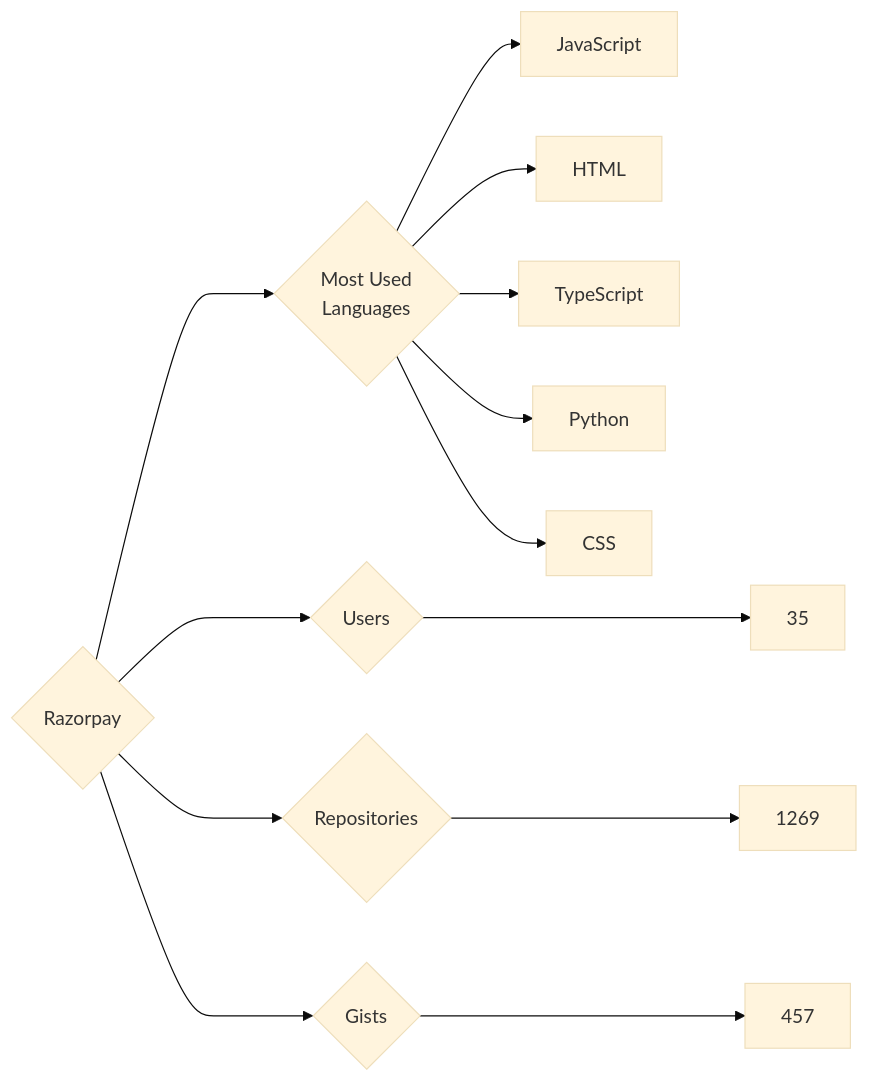
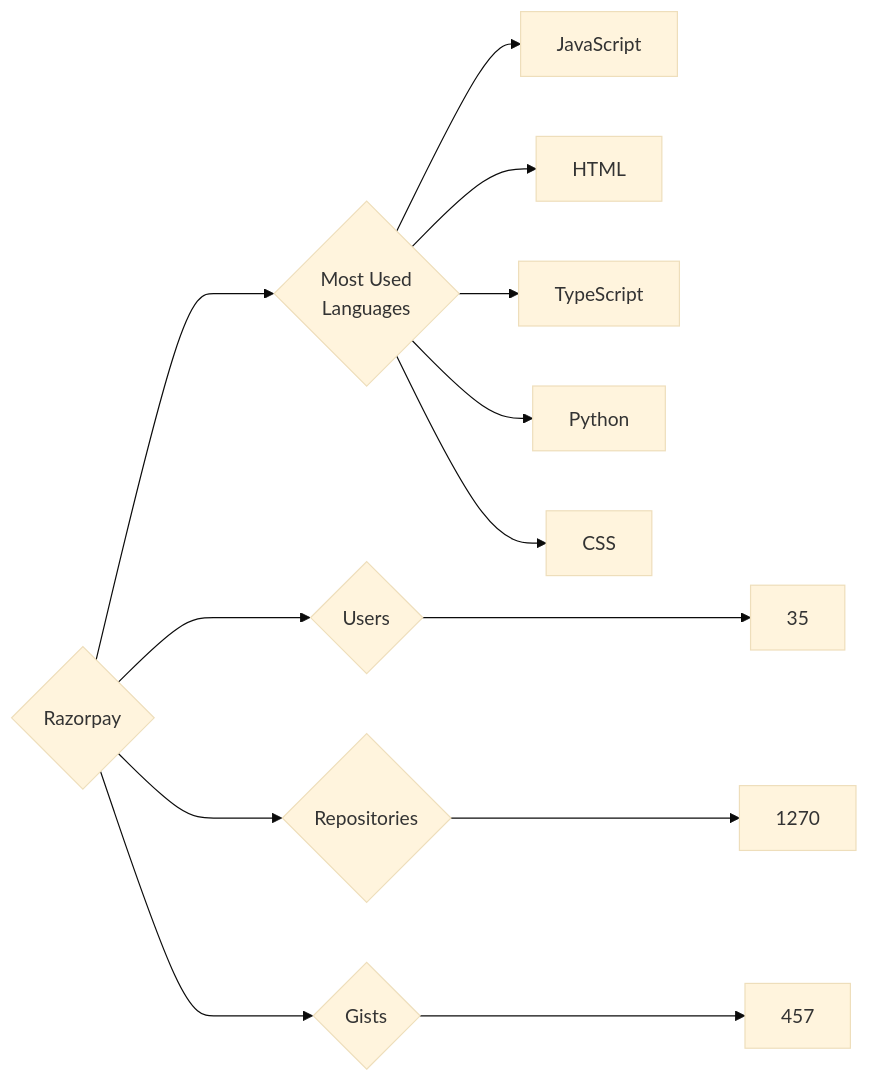
One commit to trickest/insiders changed the diagram in targets/Razorpay/README.md. Above: the diagram before and after it, drawn with Mermaid (base theme). The commit also changed 534 other files, not shown here.

````diff
--- a/targets/Razorpay/README.md
+++ b/targets/Razorpay/README.md
@@ -3,13 +3,13 @@
 ```mermaid
 graph LR
 COMPANY_NAME{Razorpay}
 COMPANY_NAME ---> U{Users} ---> UN[35]
-COMPANY_NAME ---> R{Repositories} ---> RN[1269]
+COMPANY_NAME ---> R{Repositories} ---> RN[1270]
 COMPANY_NAME ---> G{Gists} ---> GN[457]
 COMPANY_NAME ---> ML{Most Used<br>Languages}
 ML --> JavaScript[JavaScript]
 ML --> HTML[HTML]
 ML --> TypeScript[TypeScript]
 ML --> Python[Python]
 ML --> CSS[CSS]
 ```
````
